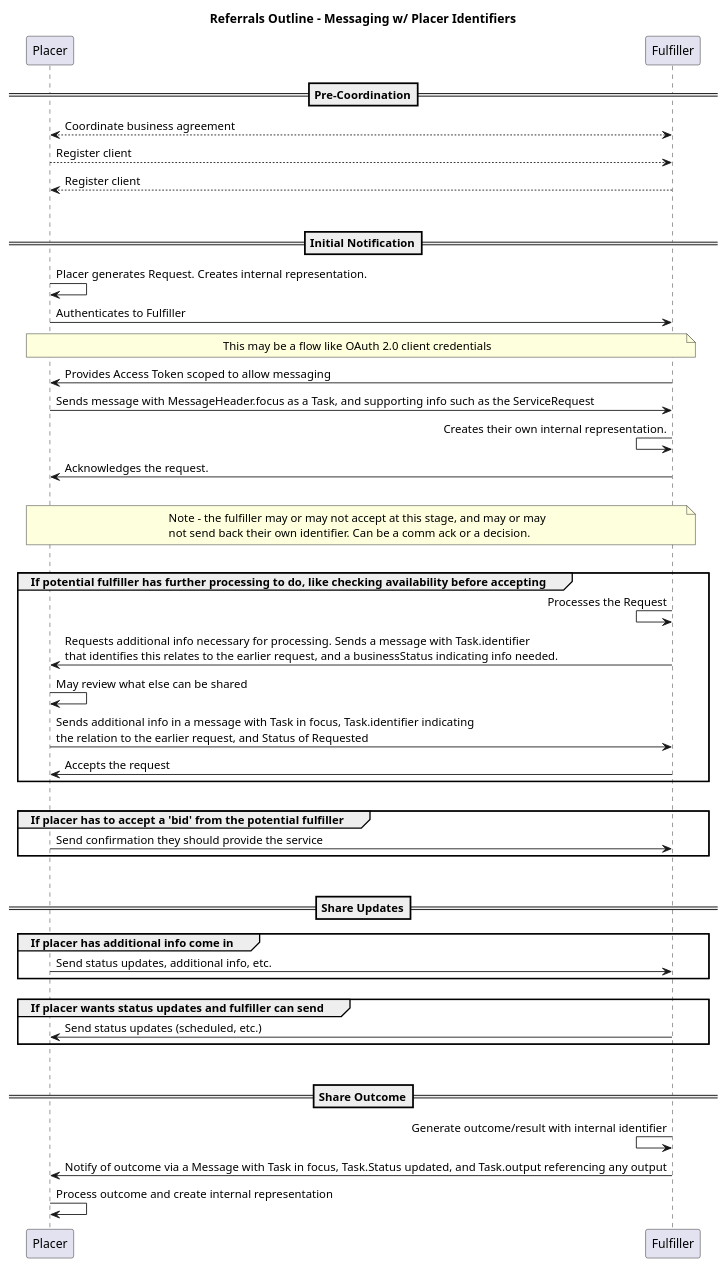
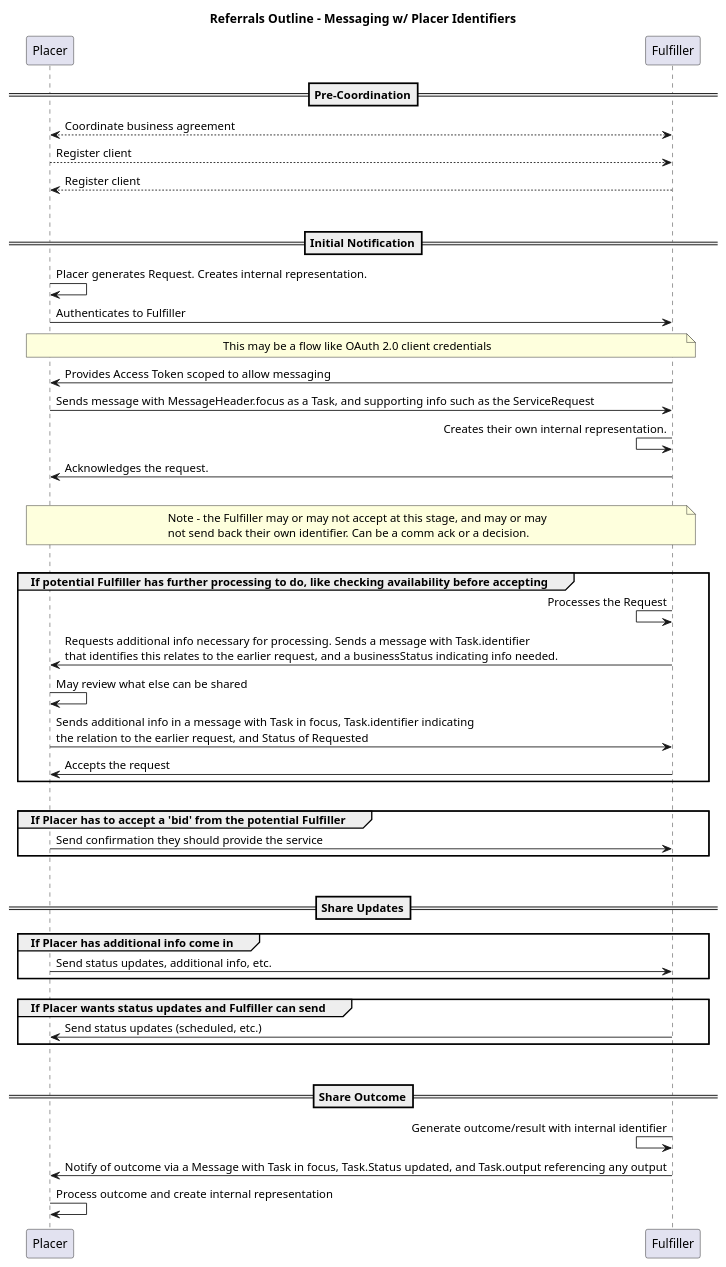
One commit to HL7/fhir-cow-ig changed the diagram in input/images-source/pure-messaging-with-placer-identifiers.plantuml. Above: the diagram before and after it, drawn with PlantUML. The commit also changed 36 other files, not shown here.

Commit message:
Placer and Fulfiller capitalization

```diff
--- a/input/images-source/pure-messaging-with-placer-identifiers.plantuml
+++ b/input/images-source/pure-messaging-with-placer-identifiers.plantuml
@@ -1,55 +1,55 @@
 @startuml
 title Referrals Outline - Messaging w/ Placer Identifiers
 
 
 ==Pre-Coordination==
 Placer <--> Fulfiller: Coordinate business agreement
 
 Placer --> Fulfiller: Register client
 
 Fulfiller --> Placer: Register client
 
 
 ||30||
 ==Initial Notification==
 Placer -> Placer: Placer generates Request. Creates internal representation.
 Placer -> Fulfiller: Authenticates to Fulfiller
 note over Placer, Fulfiller: This may be a flow like OAuth 2.0 client credentials
 Fulfiller -> Placer: Provides Access Token scoped to allow messaging
 Placer -> Fulfiller: Sends message with MessageHeader.focus as a Task, and supporting info such as the ServiceRequest
 
 Fulfiller <- Fulfiller: Creates their own internal representation.
 Fulfiller -> Placer: Acknowledges the request.
 ||20||
-note over Placer, Fulfiller: Note - the fulfiller may or may not accept at this stage, and may or may\nnot send back their own identifier. Can be a comm ack or a decision.
+note over Placer, Fulfiller: Note - the Fulfiller may or may not accept at this stage, and may or may\nnot send back their own identifier. Can be a comm ack or a decision.
 ||20||
-group If potential fulfiller has further processing to do, like checking availability before accepting
+group If potential Fulfiller has further processing to do, like checking availability before accepting
     Fulfiller <- Fulfiller: Processes the Request
     Fulfiller -> Placer: Requests additional info necessary for processing. Sends a message with Task.identifier\nthat identifies this relates to the earlier request, and a businessStatus indicating info needed.
     Placer -> Placer: May review what else can be shared
     Placer -> Fulfiller: Sends additional info in a message with Task in focus, Task.identifier indicating\nthe relation to the earlier request, and Status of Requested
     Fulfiller -> Placer: Accepts the request
 end
 ||20||
-group If placer has to accept a 'bid' from the potential fulfiller
+group If Placer has to accept a 'bid' from the potential Fulfiller
     Placer -> Fulfiller: Send confirmation they should provide the service
 end
 
 ||30||
 
 ==Share Updates==
-group If placer has additional info come in
+group If Placer has additional info come in
     Placer -> Fulfiller: Send status updates, additional info, etc.
 end
 ||10||
-group If placer wants status updates and fulfiller can send
+group If Placer wants status updates and Fulfiller can send
     Fulfiller -> Placer: Send status updates (scheduled, etc.)
 end
 ||30||
 
 ==Share Outcome==
 Fulfiller <- Fulfiller: Generate outcome/result with internal identifier
 Fulfiller -> Placer: Notify of outcome via a Message with Task in focus, Task.Status updated, and Task.output referencing any output
 Placer -> Placer: Process outcome and create internal representation
 
 @enduml
```
